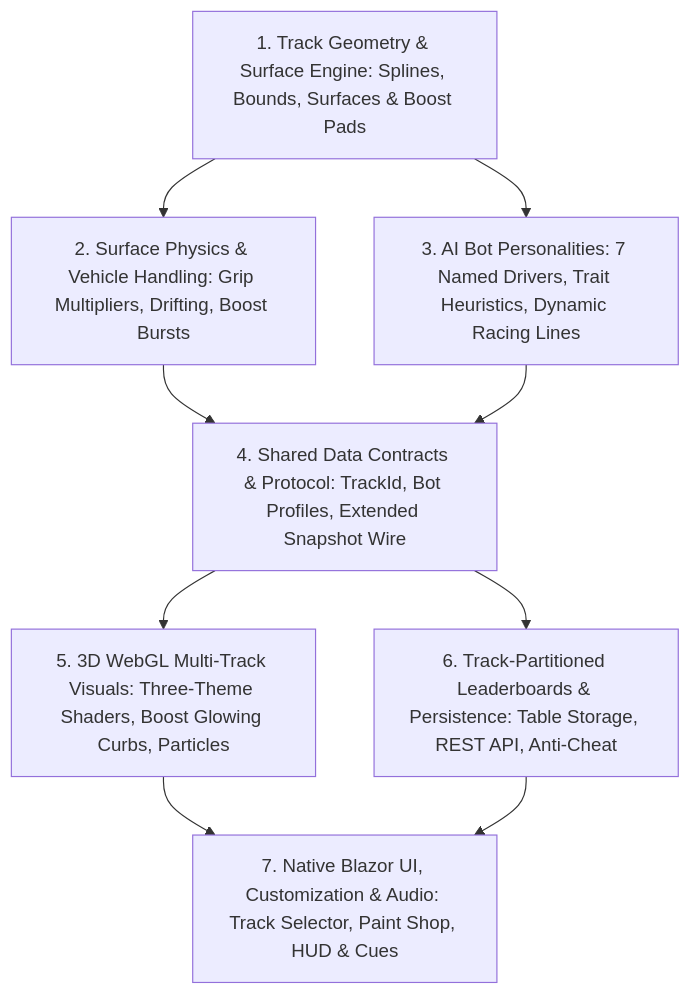
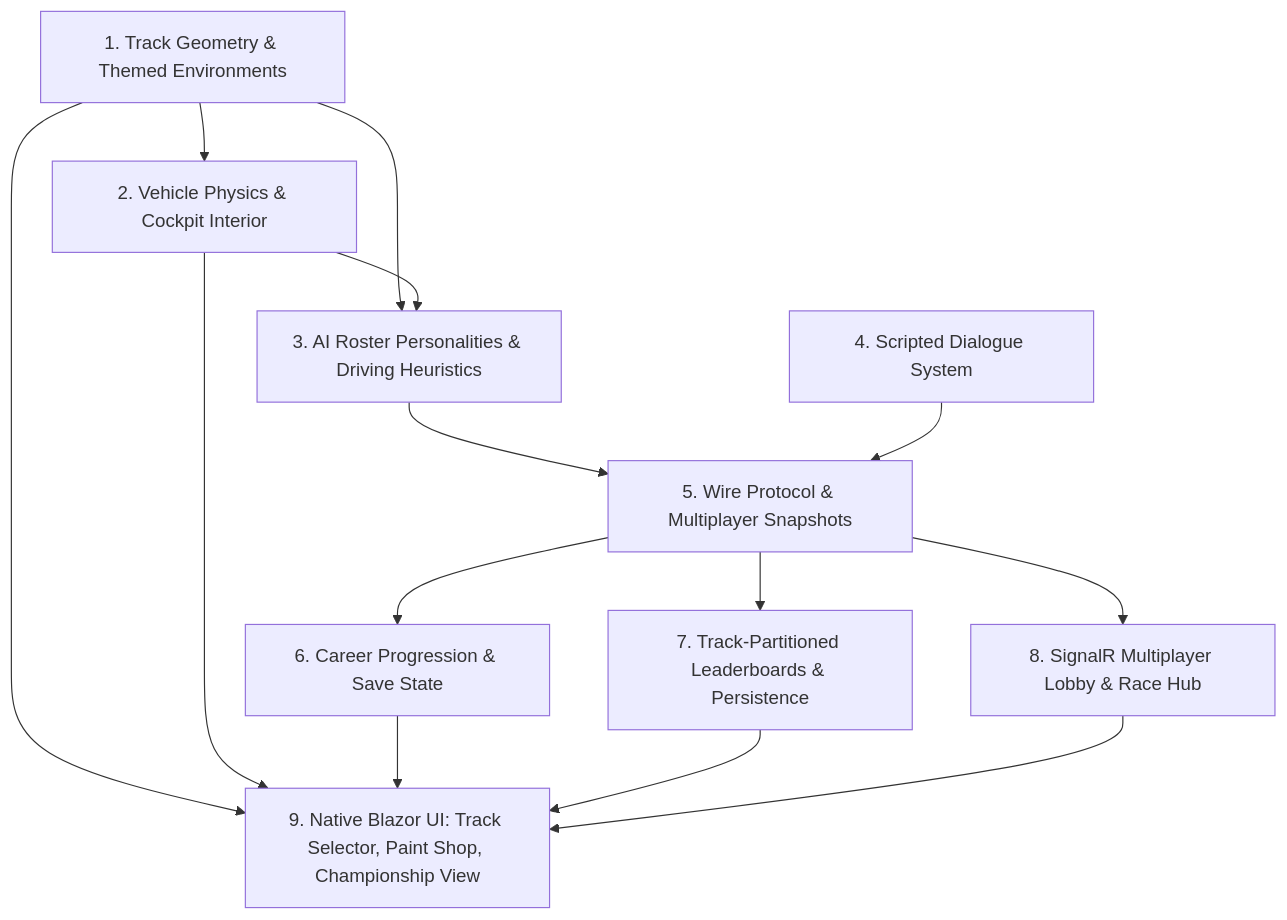
The diagram in CAPABILITY-MAP.md (punkouter26/PoMiniGames), drawn with Mermaid before and after one commit. The commit also changed other lines of this file and 8 other files, not shown here.

Commit message:
wires the three themed tracks into the registry

````diff
--- a/CAPABILITY-MAP.md
+++ b/CAPABILITY-MAP.md
@@ -5,11 +5,16 @@
 ```mermaid
 graph TD
-    M1[1. Track Geometry & Surface Engine: Splines, Bounds, Surfaces & Boost Pads] --> M2[2. Surface Physics & Vehicle Handling: Grip Multipliers, Drifting, Boost Bursts]
-    M1 --> M3[3. AI Bot Personalities: 7 Named Drivers, Trait Heuristics, Dynamic Racing Lines]
-    M2 --> M4[4. Shared Data Contracts & Protocol: TrackId, Bot Profiles, Extended Snapshot Wire]
-    M3 --> M4
-    M4 --> M5[5. 3D WebGL Multi-Track Visuals: Three-Theme Shaders, Boost Glowing Curbs, Particles]
-    M4 --> M6[6. Track-Partitioned Leaderboards & Persistence: Table Storage, REST API, Anti-Cheat]
-    M5 --> M7[7. Native Blazor UI, Customization & Audio: Track Selector, Paint Shop, HUD & Cues]
-    M6 --> M7
+    M1[1. Track Geometry & Themed Environments] --> M2[2. Vehicle Physics & Cockpit Interior]
+    M1 --> M3[3. AI Roster Personalities & Driving Heuristics]
+    M2 --> M3
+    M3 --> M5[5. Wire Protocol & Multiplayer Snapshots]
+    M4[4. Scripted Dialogue System] --> M5
+    M5 --> M6[6. Career Progression & Save State]
+    M5 --> M7[7. Track-Partitioned Leaderboards & Persistence]
+    M5 --> M8[8. SignalR Multiplayer Lobby & Race Hub]
+    M1 --> M9[9. Native Blazor UI: Track Selector, Paint Shop, Championship View]
+    M2 --> M9
+    M6 --> M9
+    M7 --> M9
+    M8 --> M9
 ```
````
